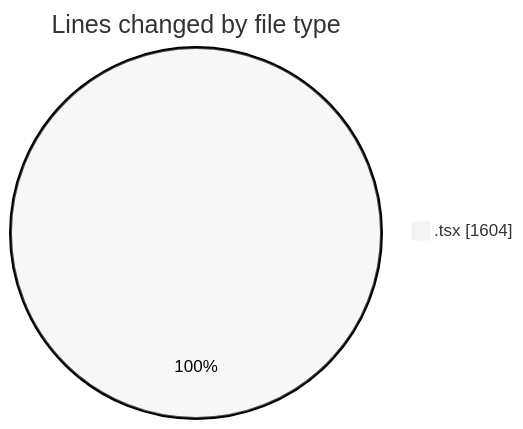
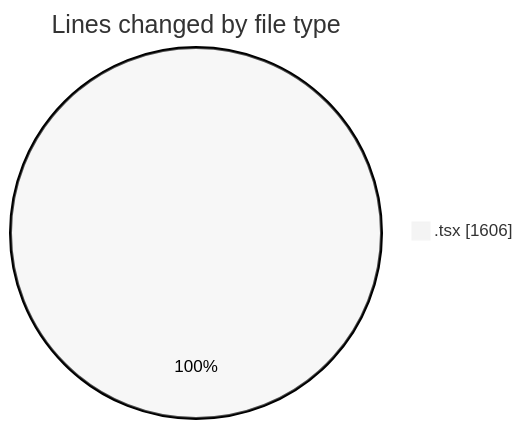
One commit to momahboobian/code-tracking changed the first of 2 diagrams in 2025-06-12/cda/README.md. Above: the diagram before and after it, drawn with Mermaid (neutral theme). The commit also changed other lines of this file and 1 other file, not shown here.

````diff
--- a/2025-06-12/cda/README.md
+++ b/2025-06-12/cda/README.md
@@ -22,5 +22,5 @@
 ```mermaid
 pie showData
 title Lines changed by file type
-".tsx" : 1604
+".tsx" : 1606
 ```
````
